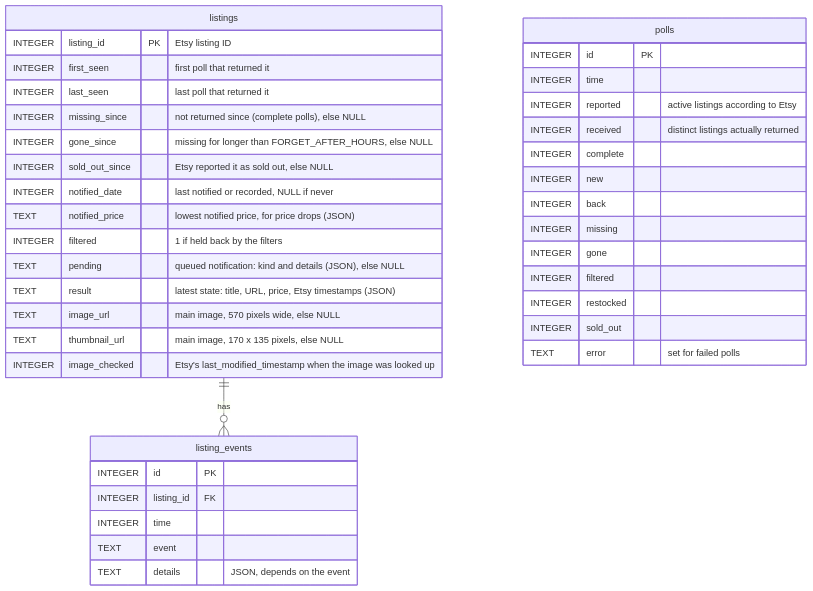
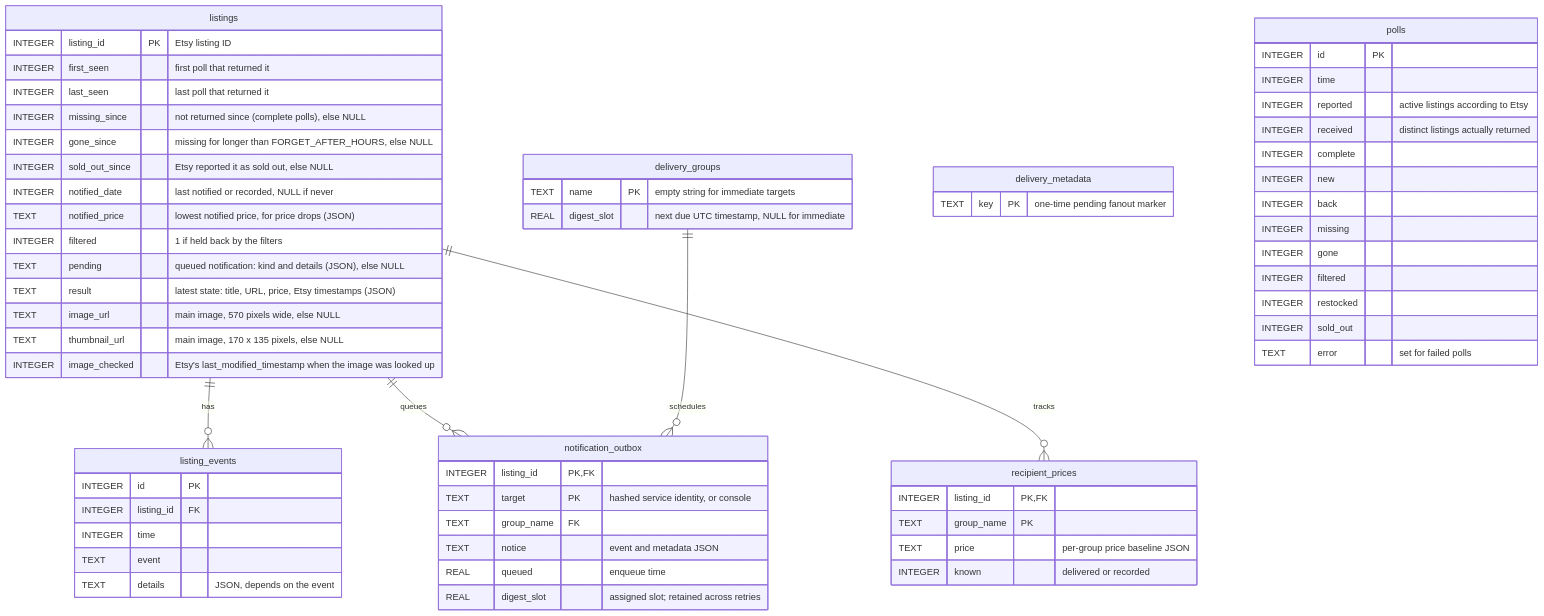
Before and after one commit to spielkind/shop-notify: the diagram in docs/architecture.md, drawn with Mermaid. The commit also changed other lines of this file and 22 other files, not shown here.

````diff
--- a/docs/architecture.md
+++ b/docs/architecture.md
@@ -93,42 +98,66 @@
 ```mermaid
 erDiagram
     listings ||--o{ listing_events : has
+    listings ||--o{ notification_outbox : queues
+    listings ||--o{ recipient_prices : tracks
+    delivery_groups ||--o{ notification_outbox : schedules
+    notification_outbox {
+        INTEGER listing_id PK,FK
+        TEXT target PK "hashed service identity, or console"
+        TEXT group_name FK
+        TEXT notice "event and metadata JSON"
+        REAL queued "enqueue time"
+        REAL digest_slot "assigned slot; retained across retries"
+    }
+    recipient_prices {
+        INTEGER listing_id PK,FK
+        TEXT group_name PK
+        TEXT price "per-group price baseline JSON"
+        INTEGER known "delivered or recorded"
+    }
+    delivery_groups {
+        TEXT name PK "empty string for immediate targets"
+        REAL digest_slot "next due UTC timestamp, NULL for immediate"
+    }
+    delivery_metadata {
+        TEXT key PK "one-time pending fanout marker"
+    }
     listings {
         INTEGER listing_id PK "Etsy listing ID"
         INTEGER first_seen "first poll that returned it"
         INTEGER last_seen "last poll that returned it"
         INTEGER missing_since "not returned since (complete polls), else NULL"
         INTEGER gone_since "missing for longer than FORGET_AFTER_HOURS, else NULL"
         INTEGER sold_out_since "Etsy reported it as sold out, else NULL"
         INTEGER notified_date "last notified or recorded, NULL if never"
         TEXT notified_price "lowest notified price, for price drops (JSON)"
         INTEGER filtered "1 if held back by the filters"
         TEXT pending "queued notification: kind and details (JSON), else NULL"
         TEXT result "latest state: title, URL, price, Etsy timestamps (JSON)"
         TEXT image_url "main image, 570 pixels wide, else NULL"
         TEXT thumbnail_url "main image, 170 x 135 pixels, else NULL"
         INTEGER image_checked "Etsy's last_modified_timestamp when the image was looked up"
     }
     listing_events {
         INTEGER id PK
         INTEGER listing_id FK
         INTEGER time
         TEXT event
         TEXT details "JSON, depends on the event"
     }
     polls {
         INTEGER id PK
         INTEGER time
         INTEGER reported "active listings according to Etsy"
         INTEGER received "distinct listings actually returned"
         INTEGER complete
         INTEGER new
         INTEGER back
         INTEGER missing
         INTEGER gone
         INTEGER filtered
         INTEGER restocked
         INTEGER sold_out
         TEXT error "set for failed polls"
     }
 ```
````
